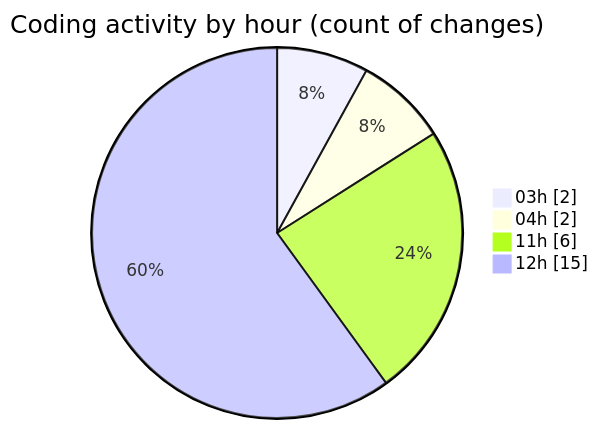
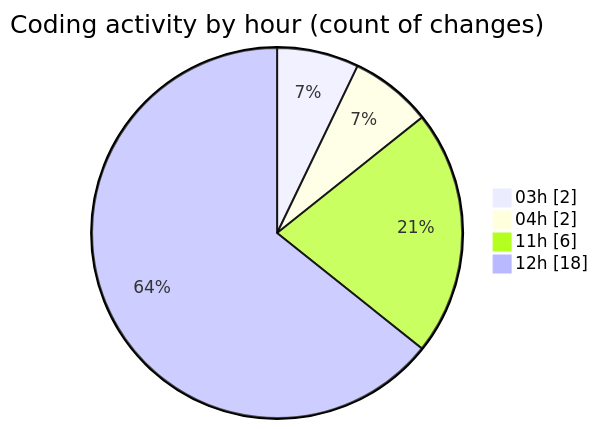
The second of 2 diagrams in 2025-07-04/cursor/README.md (FelipKnott/code-tracking), drawn with Mermaid before and after one commit. The commit also changed other lines of this file and 1 other file, not shown here.

````diff
--- a/2025-07-04/cursor/README.md
+++ b/2025-07-04/cursor/README.md
@@ -42,8 +44,8 @@
 ```mermaid
 pie showData
 title Coding activity by hour (count of changes)
 "03h" : 2
 "04h" : 2
 "11h" : 6
-"12h" : 15
+"12h" : 18
 ```
````
